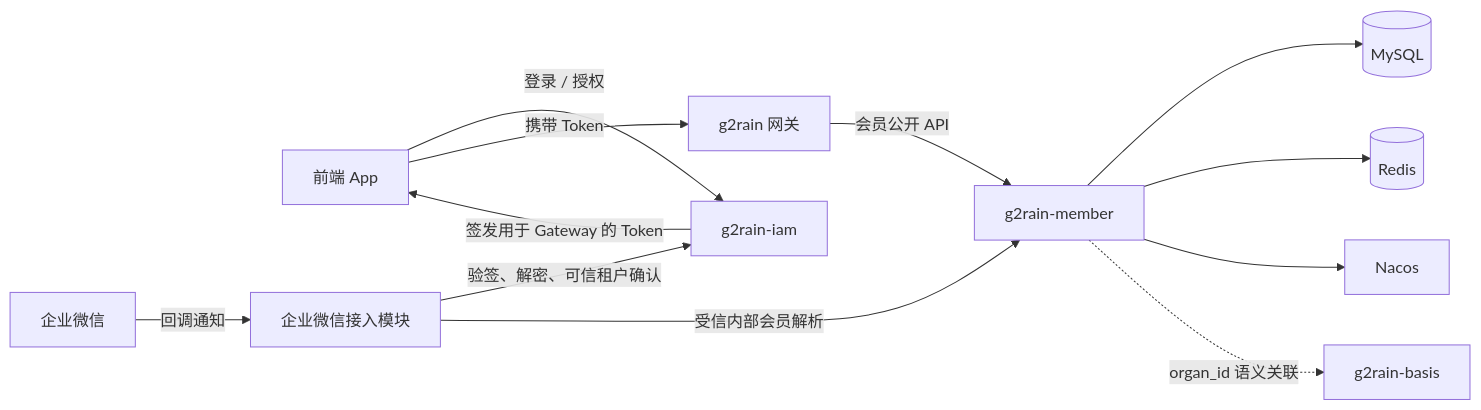
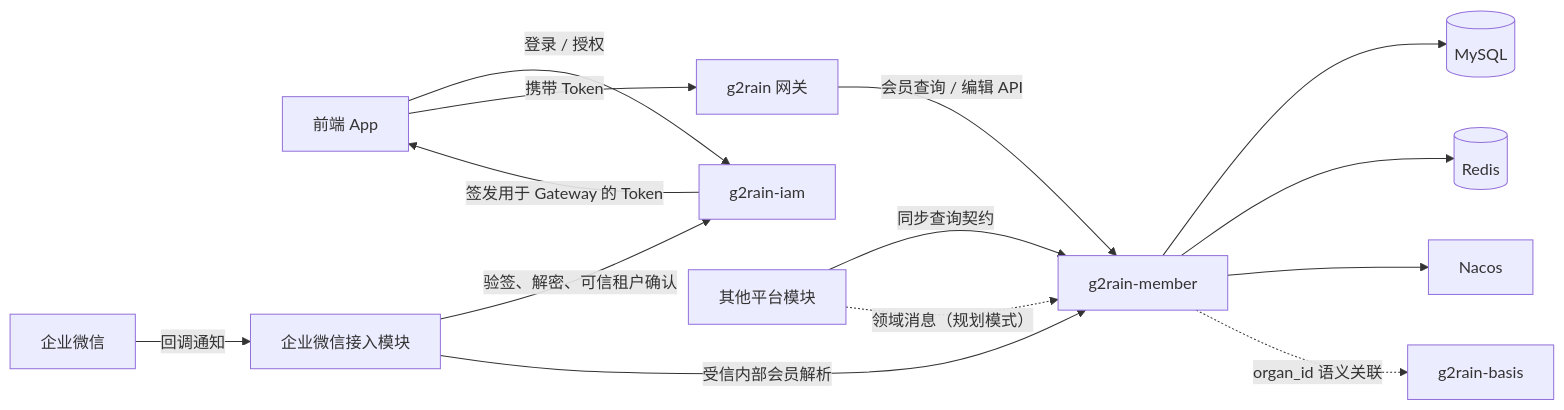
The diagram in docs/architecture/overview.md (g2rain/g2rain-member), drawn with Mermaid before and after one commit. The commit also changed other lines of this file and 9 other files, not shown here.

````diff
--- a/docs/architecture/overview.md
+++ b/docs/architecture/overview.md
@@ -16,14 +16,16 @@
 ```mermaid
 flowchart LR
   App[前端 App] -->|登录 / 授权| IAM[g2rain-iam]
   IAM -->|签发用于 Gateway 的 Token| App
   App -->|携带 Token| Gateway[g2rain 网关]
-  Gateway -->|会员公开 API| Member[g2rain-member]
+  Gateway -->|会员查询 / 编辑 API| Member[g2rain-member]
+  Services[其他平台模块] -->|同步查询契约| Member
+  Services -.->|领域消息（规划模式）| Member
   WeCom[企业微信] -->|回调通知| Connector[企业微信接入模块]
   Connector -->|验签、解密、可信租户确认| IAM
   Connector -->|受信内部会员解析| Member
   Member --> MySQL[(MySQL)]
   Member --> Redis[(Redis)]
   Member --> Nacos[Nacos]
   Member -. organ_id 语义关联 .-> Basis[g2rain-basis]
 ```
````
